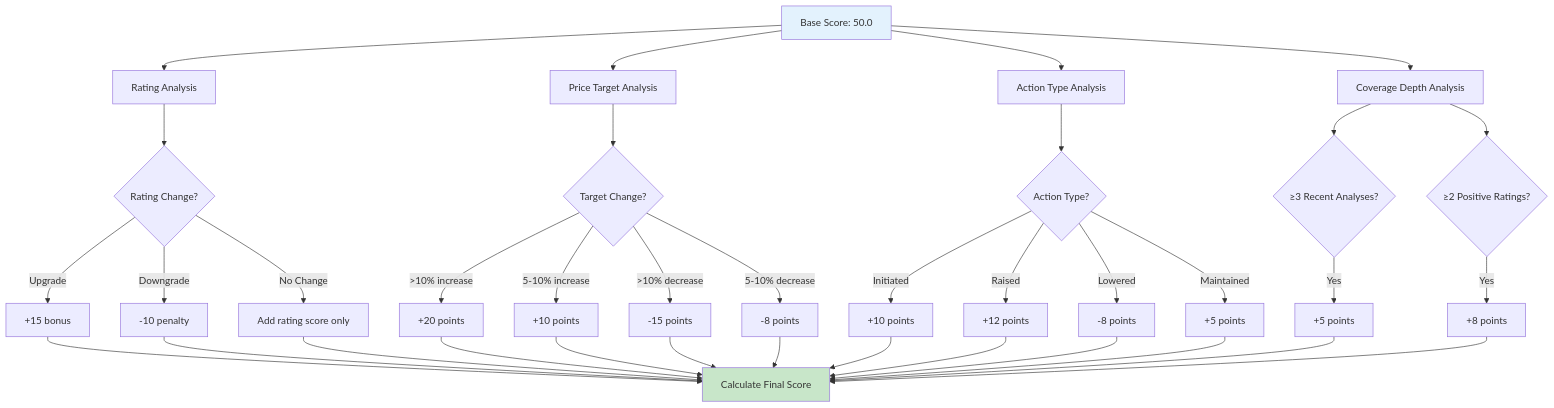
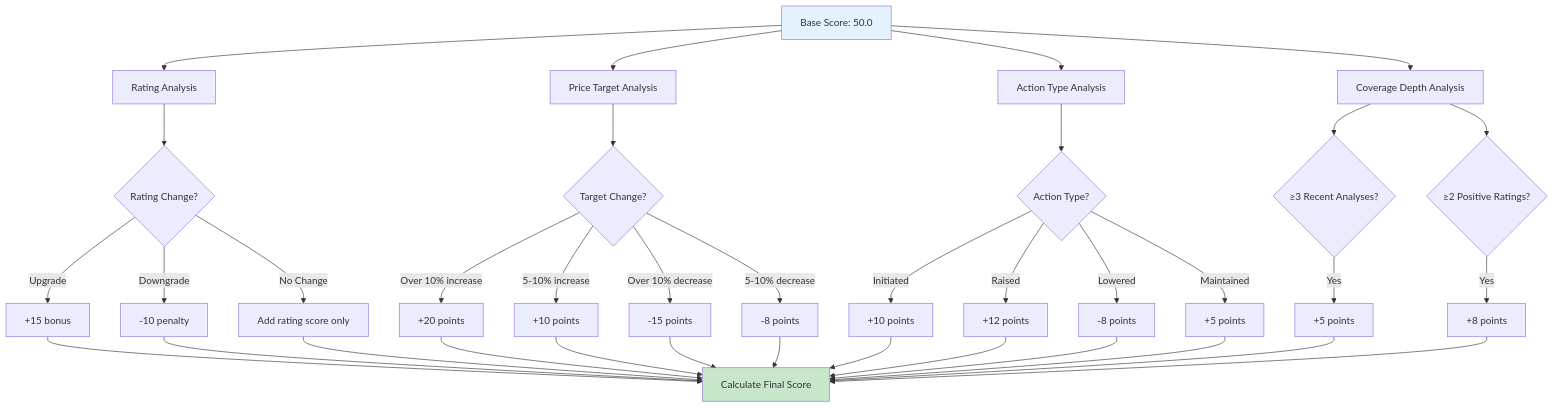
Before and after one commit to ArielFJ/stocks-analyzer-demo: the second of 5 diagrams in backend/recommendation-algorithm.md, drawn with Mermaid. The commit also changed 5 other files, not shown here.

````diff
--- a/backend/recommendation-algorithm.md
+++ b/backend/recommendation-algorithm.md
@@ -38,46 +38,46 @@
 ```mermaid
 flowchart TB
     START[Base Score: 50.0] --> RATING[Rating Analysis]
     START --> TARGET[Price Target Analysis]
     START --> ACTION[Action Type Analysis]
     START --> COVERAGE[Coverage Depth Analysis]
     
     RATING --> R1{Rating Change?}
     R1 -->|Upgrade| R2[+15 bonus]
     R1 -->|Downgrade| R3[-10 penalty]
     R1 -->|No Change| R4[Add rating score only]
     
     TARGET --> T1{Target Change?}
-    T1 -->|>10% increase| T2[+20 points]
+    T1 -->|Over 10% increase| T2[+20 points]
     T1 -->|5-10% increase| T3[+10 points]
-    T1 -->|>10% decrease| T4[-15 points]
+    T1 -->|Over 10% decrease| T4[-15 points]
     T1 -->|5-10% decrease| T5[-8 points]
     
     ACTION --> A1{Action Type?}
     A1 -->|Initiated| A2[+10 points]
     A1 -->|Raised| A3[+12 points]
     A1 -->|Lowered| A4[-8 points]
     A1 -->|Maintained| A5[+5 points]
     
     COVERAGE --> C1{≥3 Recent Analyses?}
     C1 -->|Yes| C2[+5 points]
     COVERAGE --> C3{≥2 Positive Ratings?}
     C3 -->|Yes| C4[+8 points]
     
     R2 --> FINAL[Calculate Final Score]
     R3 --> FINAL
     R4 --> FINAL
     T2 --> FINAL
     T3 --> FINAL
     T4 --> FINAL
     T5 --> FINAL
     A2 --> FINAL
     A3 --> FINAL
     A4 --> FINAL
     A5 --> FINAL
     C2 --> FINAL
     C4 --> FINAL
     
     style START fill:#e3f2fd
     style FINAL fill:#c8e6c9
 ```
````
